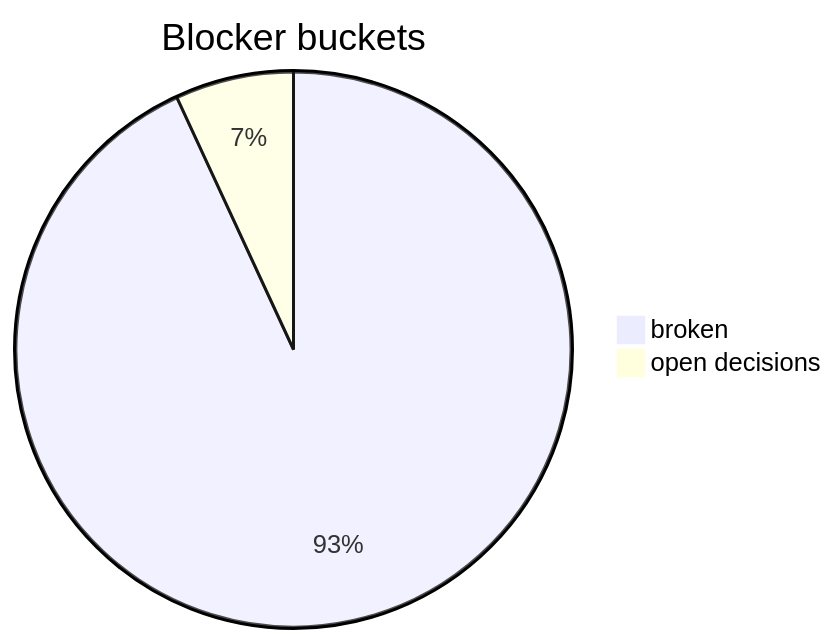
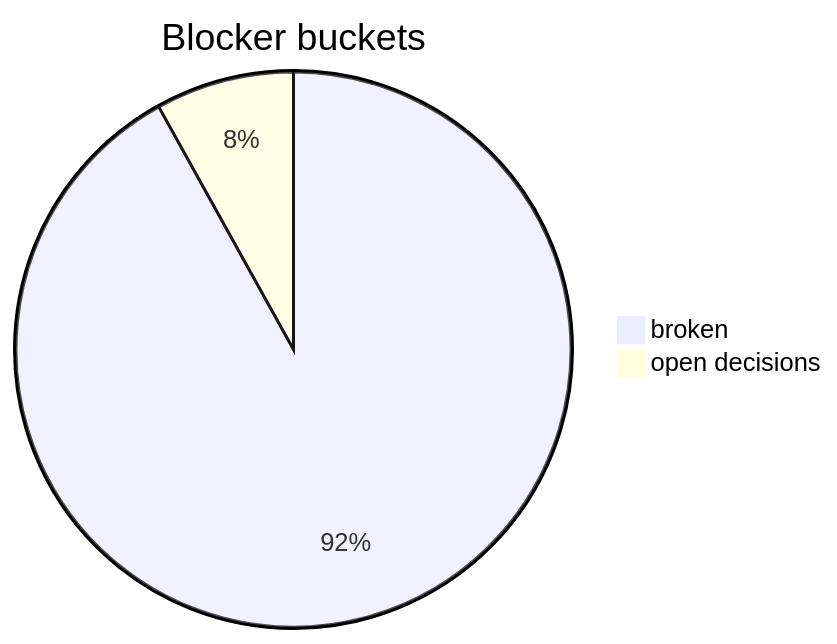
The diagram in reports/status/blocker.md (SH99999/mediastreamer), drawn with Mermaid before and after one commit. The commit also changed other lines of this file and 20 other files, not shown here.

Commit message:
Implement P2 status_packet_v1 schema and report adapter

````diff
--- a/reports/status/blocker.md
+++ b/reports/status/blocker.md
@@ -71,6 +80,6 @@
 ```mermaid
 pie
     title Blocker buckets
-    "broken" : 54
-    "open decisions" : 4
+    "broken" : 57
+    "open decisions" : 5
 ```
````
